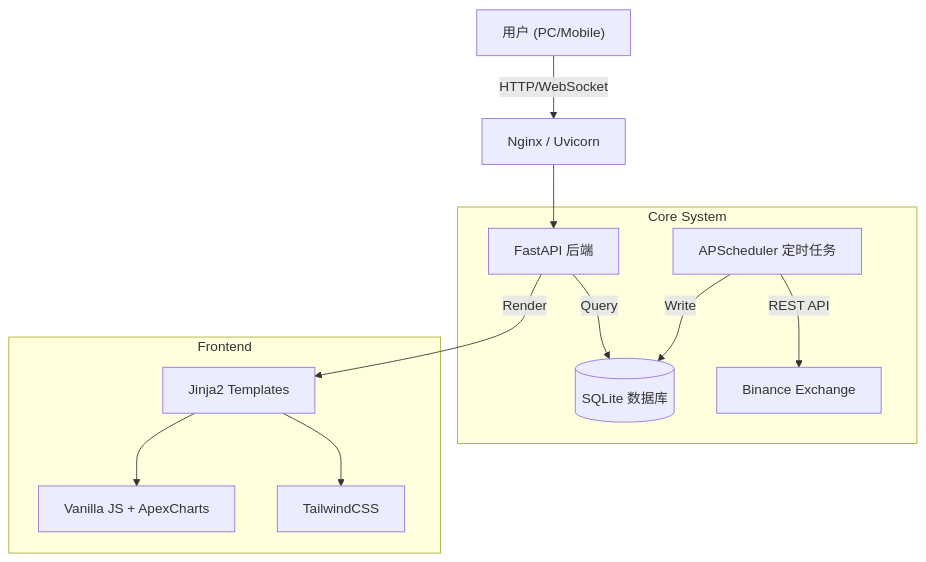
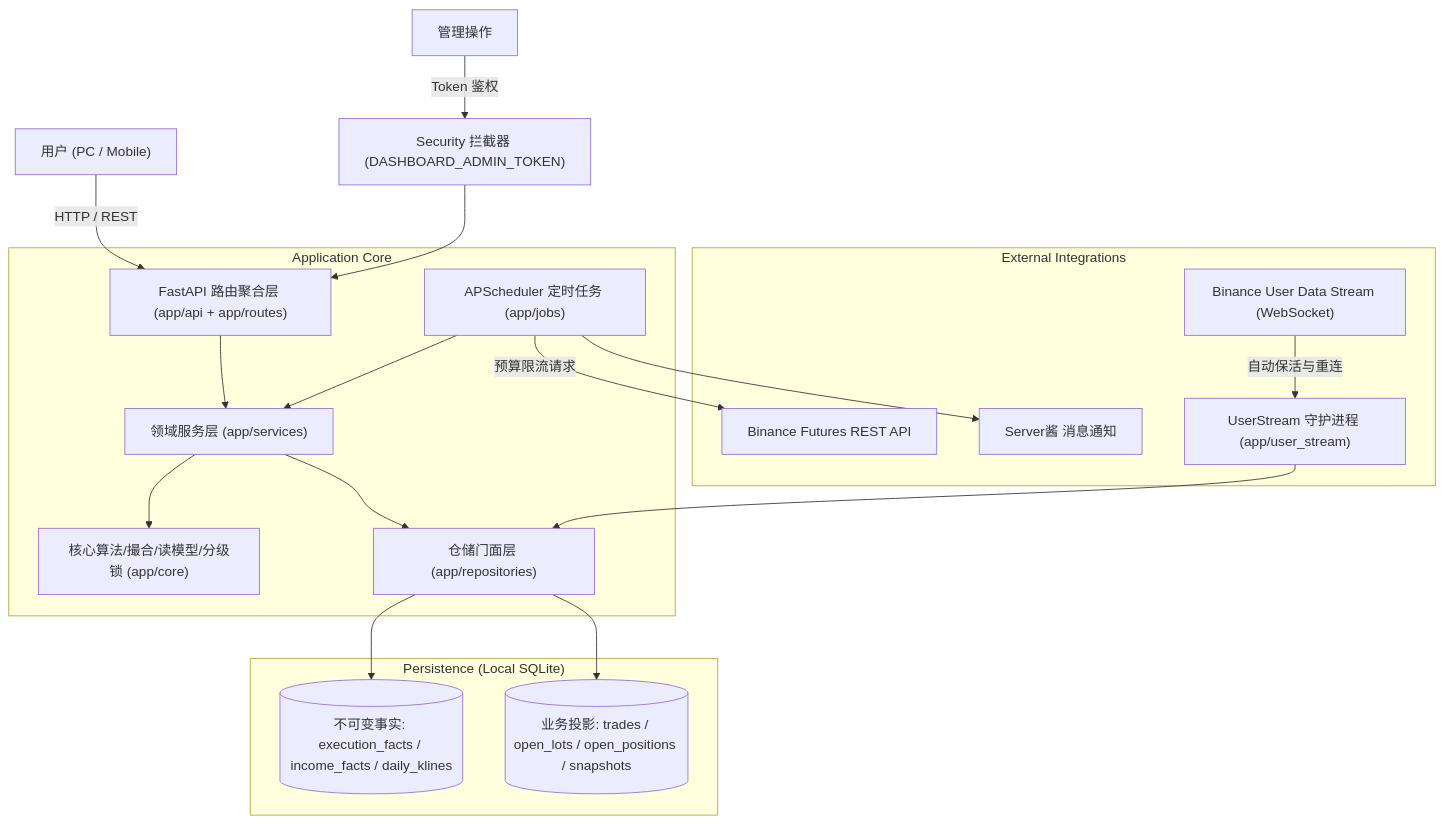
One commit to miracle-zs/crypto_dashboard changed the diagram in README.md. Above: the diagram before and after it, drawn with Mermaid. The commit also changed other lines of this file and 6 other files, not shown here.

Commit message:
docs: comprehensive overhaul of project architecture, data dictionary, data flow, and api specifications

````diff
--- a/README.md
+++ b/README.md
@@ -61,21 +81,29 @@
 ```mermaid
 graph TD
-    User["用户 (PC/Mobile)"] -->|"HTTP/WebSocket"| Nginx["Nginx / Uvicorn"]
-    Nginx --> FastAPI["FastAPI 后端"]
+    User["用户 (PC / Mobile)"] -->|"HTTP / REST"| FastAPI["FastAPI 路由聚合层 (app/api + app/routes)"]
+    Admin["管理操作"] -->|"Token 鉴权"| Security["Security 拦截器 (DASHBOARD_ADMIN_TOKEN)"]
+    Security --> FastAPI
 
-    subgraph "Core System"
-        FastAPI -->|"Query"| SQLite[("SQLite 数据库")]
-        Scheduler["APScheduler 定时任务"] -->|"Write"| SQLite
-        Scheduler -->|"REST API"| Binance["Binance Exchange"]
+    subgraph "Application Core"
+        FastAPI --> Services["领域服务层 (app/services)"]
+        Services --> Core["核心算法/撮合/读模型/分级锁 (app/core)"]
+        Services --> Repositories["仓储门面层 (app/repositories)"]
+        Scheduler["APScheduler 定时任务 (app/jobs)"] --> Services
     end
 
-    subgraph "Frontend"
-        HTML["Jinja2 Templates"]
-        JS["Vanilla JS + ApexCharts"]
-        CSS["TailwindCSS"]
+    subgraph "Persistence (Local SQLite)"
+        Repositories --> Facts[("不可变事实: execution_facts / income_facts / daily_klines")]
+        Repositories --> Projections[("业务投影: trades / open_lots / open_positions / snapshots")]
     end
 
-    FastAPI -->|"Render"| HTML
-    HTML --> JS
-    HTML --> CSS
+    subgraph "External Integrations"
+        Binance_REST["Binance Futures REST API"]
+        Binance_WS["Binance User Data Stream (WebSocket)"]
+        ServerChan["Server酱 消息通知"]
+        
+        Scheduler -->|"预算限流请求"| Binance_REST
+        Binance_WS -->|"自动保活与重连"| UserStream["UserStream 守护进程 (app/user_stream)"]
+        UserStream --> Repositories
+        Scheduler --> ServerChan
+    end
 ```
````
